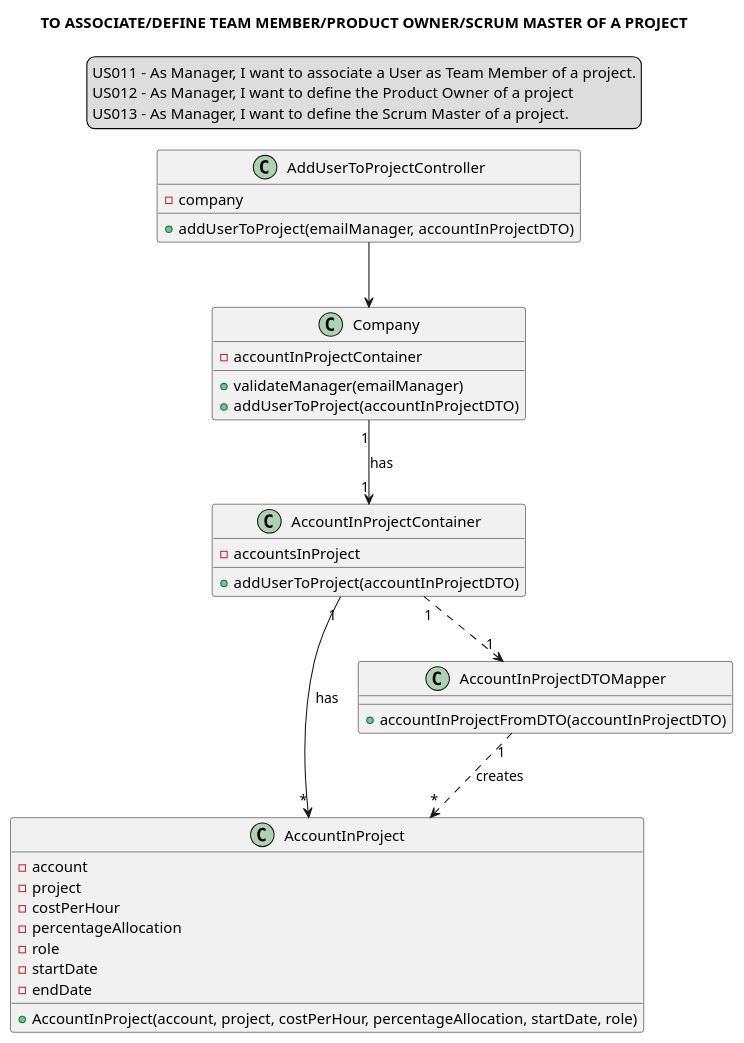
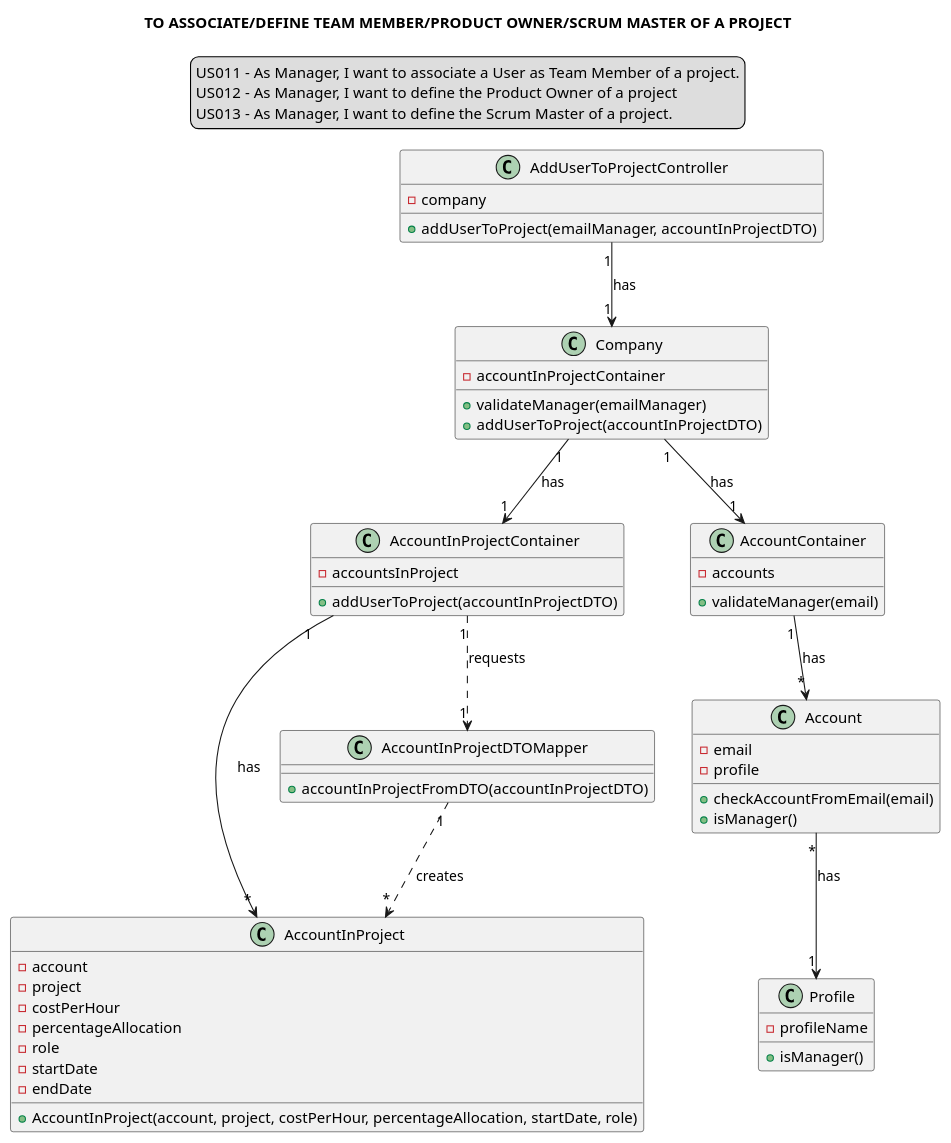
One commit to Loracline/project_switch_22-23 changed the diagram in docs/modelling_design/user_stories/sprint02/us011_us012_us013/US011_US012_US013_classDiagram.puml. Above: the diagram before and after it, drawn with PlantUML. The commit also changed 7 other files, not shown here.

Commit message:
US011, US012, US013 : Design : refinement of class diagram and sequence diagram. Creation of system sequence diagram for these stories. Creation od class diagram for reference diagram ListAllUSers.

```diff
--- a/docs/modelling_design/user_stories/sprint02/us011_us012_us013/US011_US012_US013_classDiagram.puml
+++ b/docs/modelling_design/user_stories/sprint02/us011_us012_us013/US011_US012_US013_classDiagram.puml
@@ -1,48 +1,68 @@
 @startuml
 
 skinparam sequenceMessageAlign center
 title TO ASSOCIATE/DEFINE TEAM MEMBER/PRODUCT OWNER/SCRUM MASTER OF A PROJECT
 legend top
 US011 - As Manager, I want to associate a User as Team Member of a project.
 US012 - As Manager, I want to define the Product Owner of a project
 US013 - As Manager, I want to define the Scrum Master of a project.
 end legend
 
 class AddUserToProjectController {
 -company
 +addUserToProject(emailManager, accountInProjectDTO)
 }
 
 class Company {
 -accountInProjectContainer
 +validateManager(emailManager)
 +addUserToProject(accountInProjectDTO)
 }
 
 class AccountInProject{
 -account
 -project
 -costPerHour
 -percentageAllocation
 -role
 -startDate
 -endDate
 +AccountInProject(account, project, costPerHour, percentageAllocation, startDate, role)
 }
 
 class AccountInProjectContainer{
 -accountsInProject
 +addUserToProject(accountInProjectDTO)
 }
 
 class AccountInProjectDTOMapper {
 +accountInProjectFromDTO(accountInProjectDTO)
 }
 
-AddUserToProjectController --> Company
+class "AccountContainer"{
+-accounts
++validateManager(email)
+}
+
+class "Account"{
+-email
+-profile
++checkAccountFromEmail(email)
++isManager()
+}
+
+class "Profile"{
+-profileName
++isManager()
+}
+
+
+AddUserToProjectController "1"-->"1" Company:has
 Company "1"-->"1" AccountInProjectContainer: has
-AccountInProjectContainer "1"..>"1" AccountInProjectDTOMapper
+AccountInProjectContainer "1"..>"1" AccountInProjectDTOMapper: requests
 AccountInProjectDTOMapper "1"..> "*"AccountInProject: creates
 AccountInProjectContainer "1"--> "*" AccountInProject: has
-
+Company "1"-->"1" "AccountContainer": has
+"AccountContainer""1" --> "*""Account": has
+"Account" "*"--> "1""Profile": has
 @enduml
```
